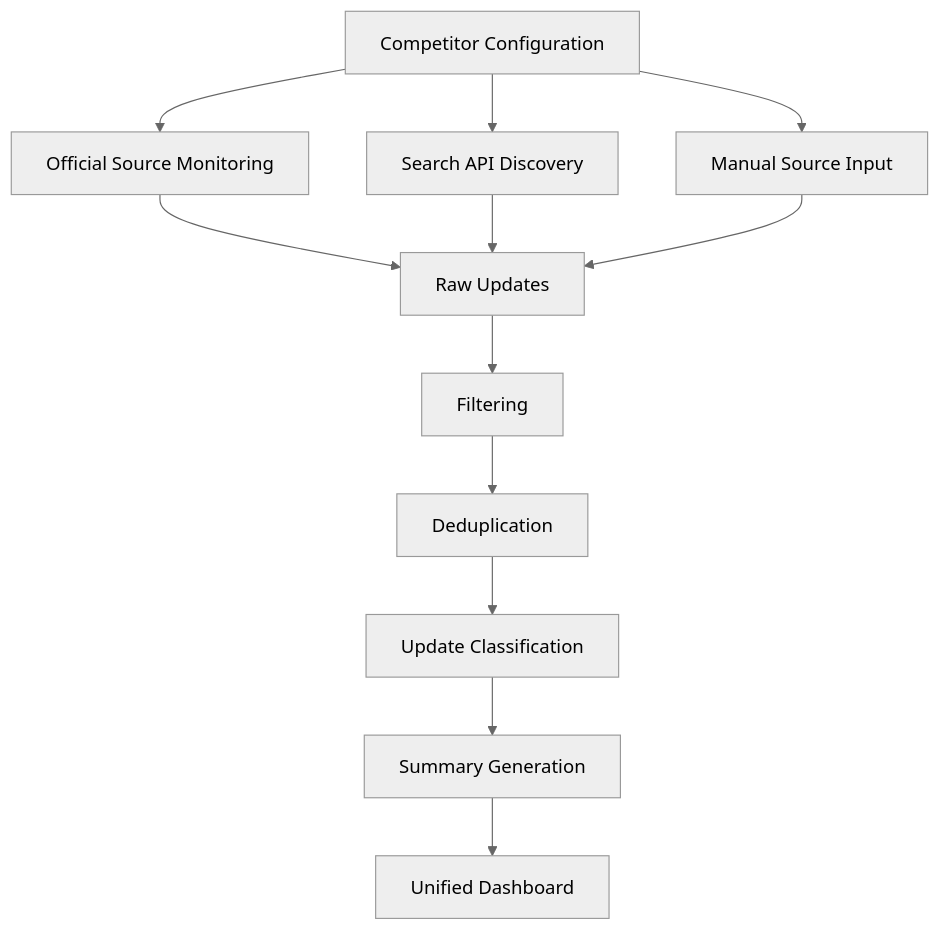
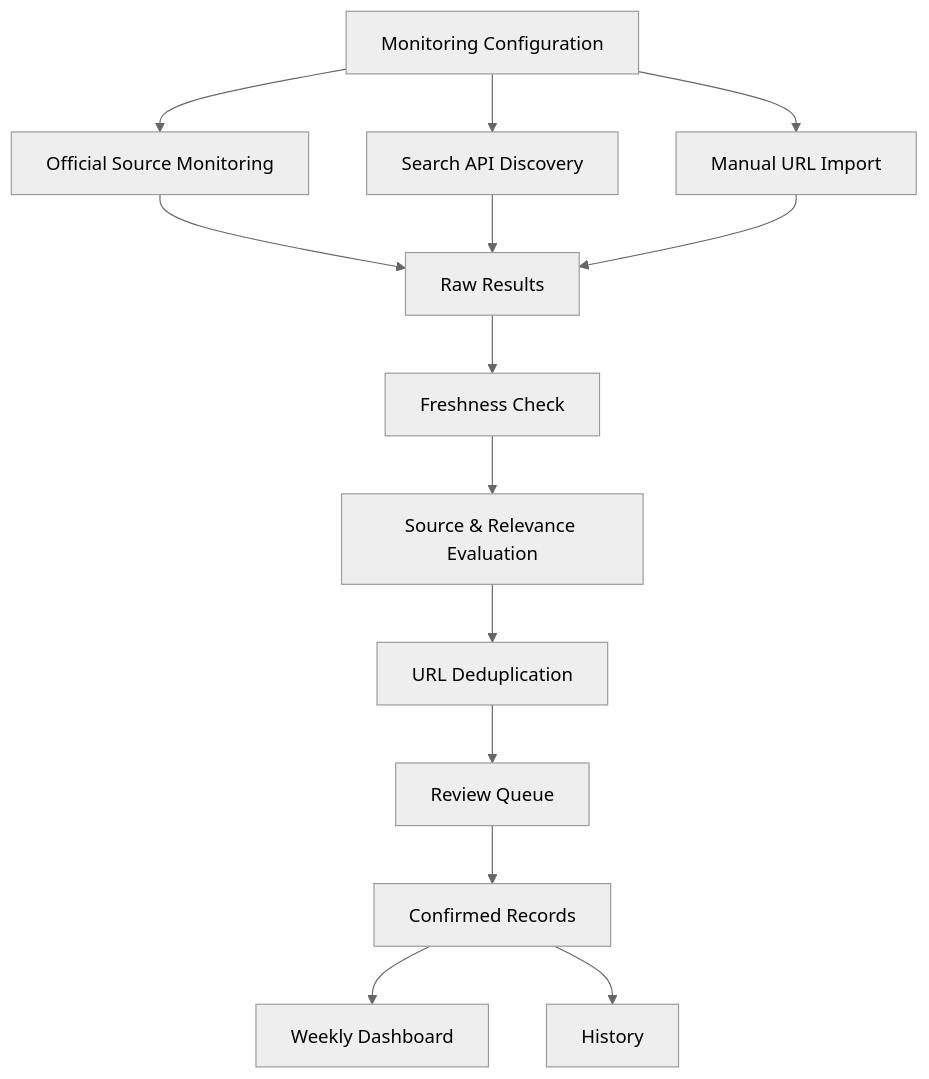
Before and after one commit to Shiqi147-Yin/ai-search-competitor-monitor: the diagram in docs/architecture.md, drawn with Mermaid (neutral theme). The commit also changed other lines of this file, not shown here.

First line of the commit message:
Revise architecture document for clarity and structure

````diff
--- a/docs/architecture.md
+++ b/docs/architecture.md
@@ -19,18 +19,21 @@
 ```mermaid
 flowchart TD
-    A[Competitor Configuration]
+    A[Monitoring Configuration]
 
     A --> B[Official Source Monitoring]
     A --> C[Search API Discovery]
-    A --> D[Manual Source Input]
+    A --> D[Manual URL Import]
 
-    B --> E[Raw Updates]
+    B --> E[Raw Results]
     C --> E
     D --> E
 
-    E --> F[Filtering]
-    F --> G[Deduplication]
-    G --> H[Update Classification]
-    H --> I[Summary Generation]
-    I --> J[Unified Dashboard]
+    E --> F[Freshness Check]
+    F --> G[Source & Relevance Evaluation]
+    G --> H[URL Deduplication]
+    H --> I[Review Queue]
+
+    I --> J[Confirmed Records]
+    J --> K[Weekly Dashboard]
+    J --> L[History]
 ```
````
